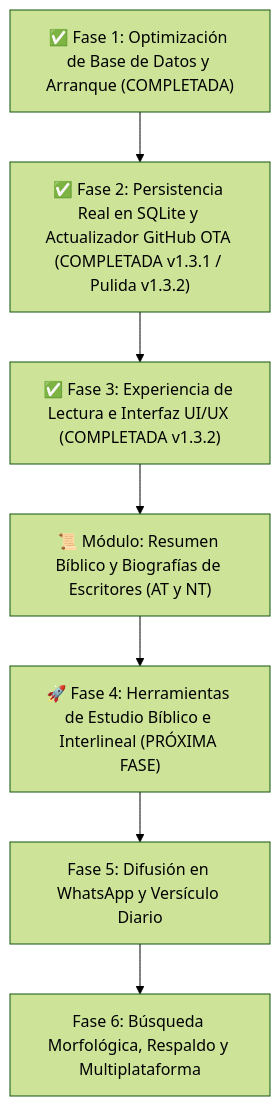
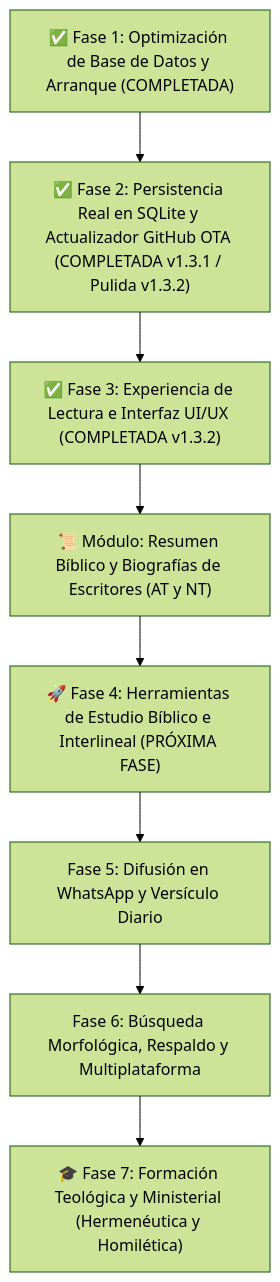
Before and after one commit to NetOpsSolutions/Berea_Interlineal: the first of 8 diagrams in Archivos_md/PLAN_IMPLEMENTACION.md, drawn with Mermaid (forest theme). The commit also changed other lines of this file and 29 other files, not shown here.

````diff
--- a/Archivos_md/PLAN_IMPLEMENTACION.md
+++ b/Archivos_md/PLAN_IMPLEMENTACION.md
@@ -16,9 +17,10 @@
 ```mermaid
 flowchart TD
     Fase1["✅ Fase 1: Optimización de Base de Datos y Arranque (COMPLETADA)"] --> Fase2["✅ Fase 2: Persistencia Real en SQLite y Actualizador GitHub OTA (COMPLETADA v1.3.1 / Pulida v1.3.2)"]
     Fase2 --> Fase3["✅ Fase 3: Experiencia de Lectura e Interfaz UI/UX (COMPLETADA v1.3.2)"]
     Fase3 --> ResumenBiblico["📜 Módulo: Resumen Bíblico y Biografías de Escritores (AT y NT)"]
     ResumenBiblico --> Fase4["🚀 Fase 4: Herramientas de Estudio Bíblico e Interlineal (PRÓXIMA FASE)"]
     Fase4 --> Fase5["Fase 5: Difusión en WhatsApp y Versículo Diario"]
     Fase5 --> Fase6["Fase 6: Búsqueda Morfológica, Respaldo y Multiplataforma"]
+    Fase6 --> Fase7["🎓 Fase 7: Formación Teológica y Ministerial (Hermenéutica y Homilética)"]
 ```
````
